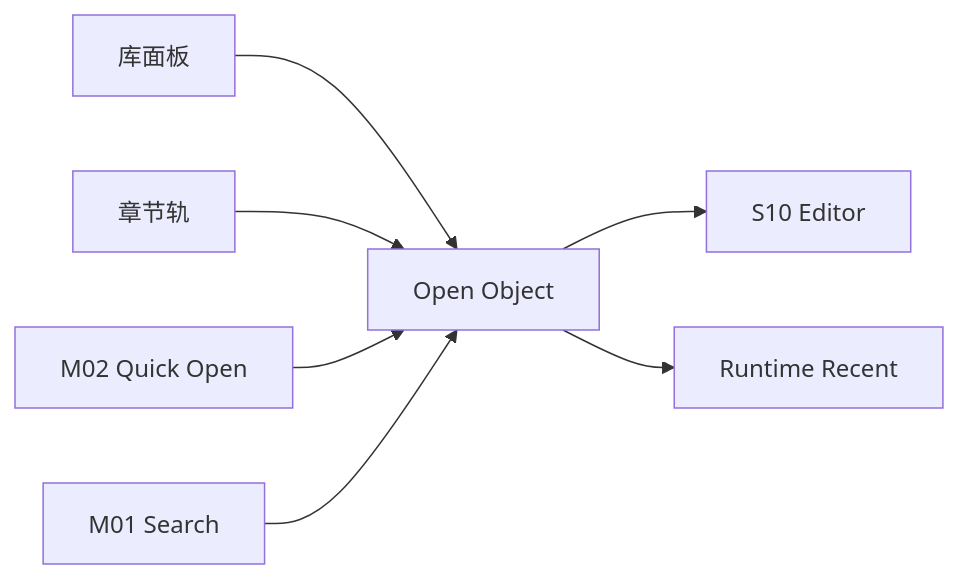
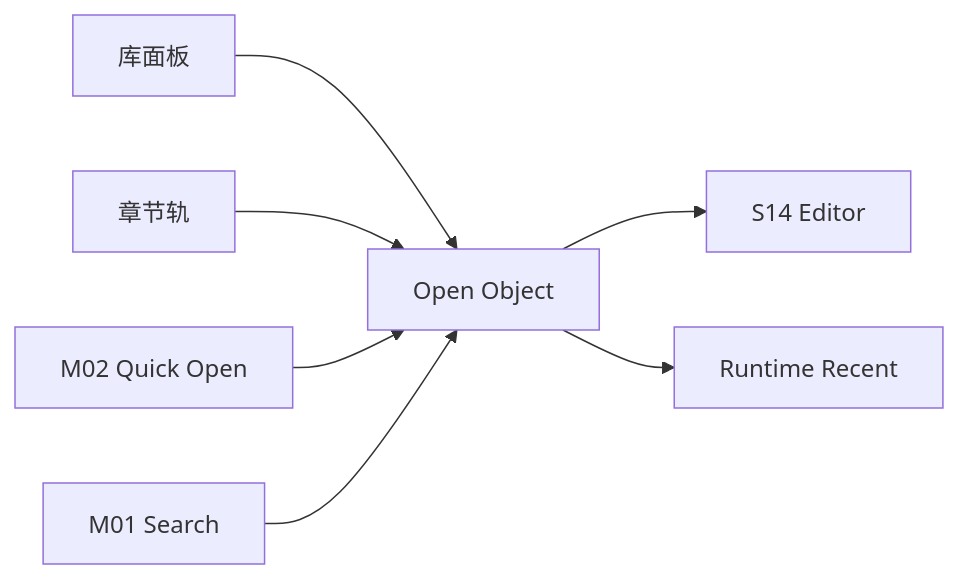
One commit to jinhuang712/open-novel changed the diagram in spec/M16-project-library-and-navigation.md. Above: the diagram before and after it, drawn with Mermaid. The commit also changed 65 other files, not shown here.

````diff
--- a/spec/M16-project-library-and-navigation.md
+++ b/spec/M16-project-library-and-navigation.md
@@ -17,9 +17,9 @@
 ```mermaid
 flowchart LR
   Library[库面板] --> Open[Open Object]
   Rail[章节轨] --> Open
   Quick[M02 Quick Open] --> Open
   Search[M01 Search] --> Open
-  Open --> Editor[S10 Editor]
+  Open --> Editor[S14 Editor]
   Open --> Recent[Runtime Recent]
 ```
````
